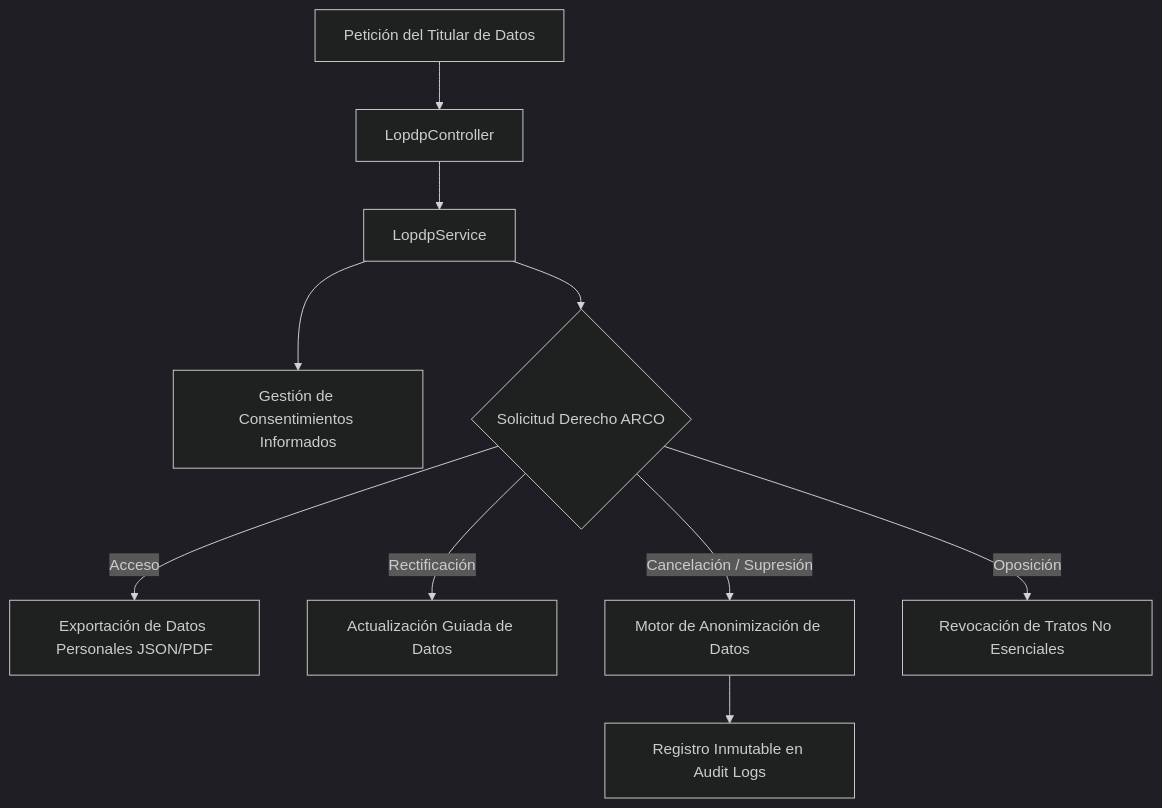
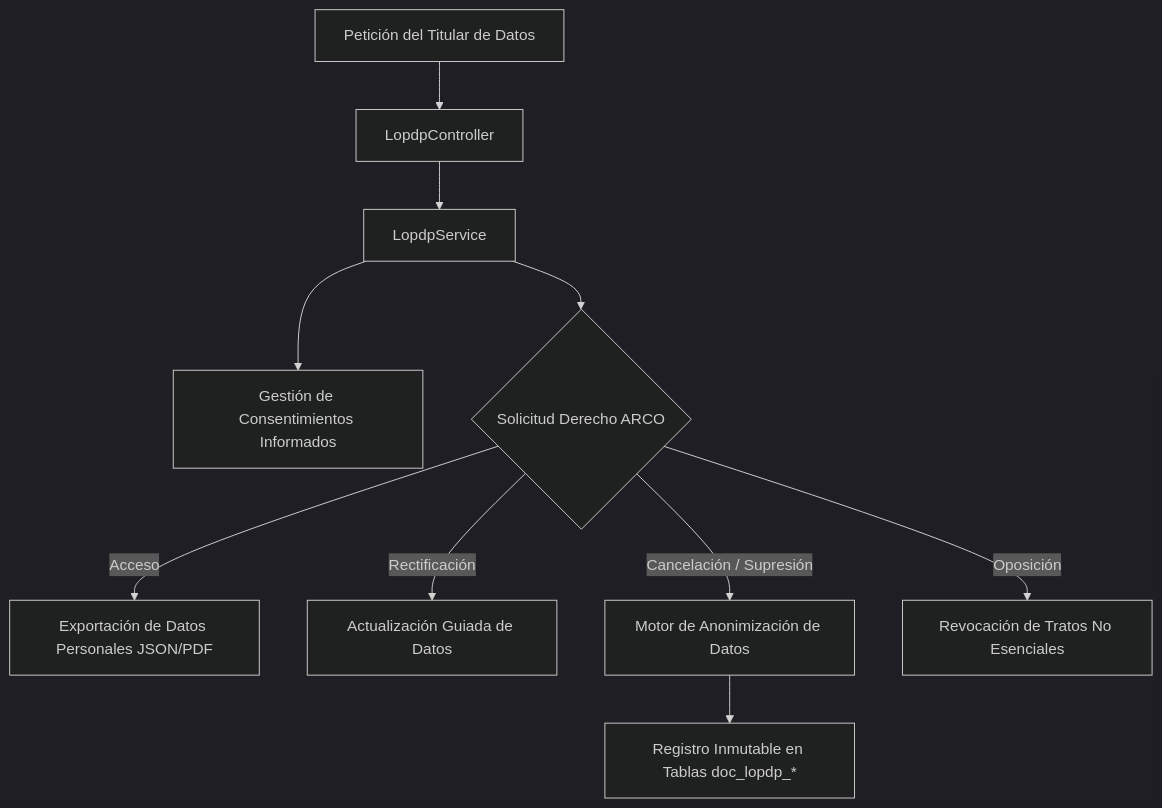
Before and after one commit to JorgeDoicela/dosier: the diagram in docs/documentacion/02-backend-servicios/03-gobernanza-lopdp-y-auditoria.md, drawn with Mermaid (dark theme). The commit also changed other lines of this file and 34 other files, not shown here.

````diff
--- a/docs/documentacion/02-backend-servicios/03-gobernanza-lopdp-y-auditoria.md
+++ b/docs/documentacion/02-backend-servicios/03-gobernanza-lopdp-y-auditoria.md
@@ -13,15 +13,15 @@
 ```mermaid
 graph TD
     UserReq[Petición del Titular de Datos] --> LopdpController
     LopdpController --> LopdpService
 
     LopdpService --> ConsentMgmt[Gestión de Consentimientos Informados]
     LopdpService --> ARCORouter{Solicitud Derecho ARCO}
 
     ARCORouter -->|Acceso| AccessHandler[Exportación de Datos Personales JSON/PDF]
     ARCORouter -->|Rectificación| RectifyHandler[Actualización Guiada de Datos]
     ARCORouter -->|Cancelación / Supresión| AnonymizeHandler[Motor de Anonimización de Datos]
     ARCORouter -->|Oposición| OpposeHandler[Revocación de Tratos No Esenciales]
 
-    AnonymizeHandler --> AuditTrail[Registro Inmutable en Audit Logs]
+    AnonymizeHandler --> AuditTrail[Registro Inmutable en Tablas doc_lopdp_*]
 ```
````
